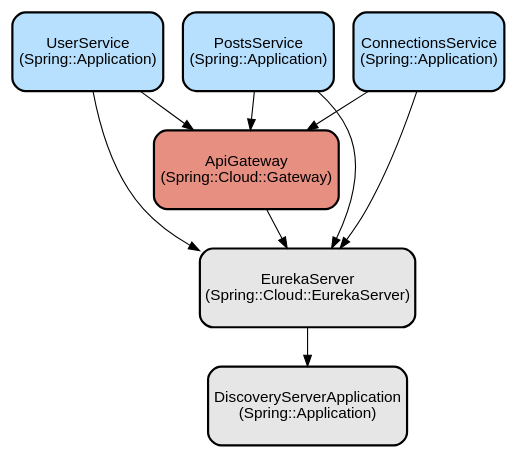
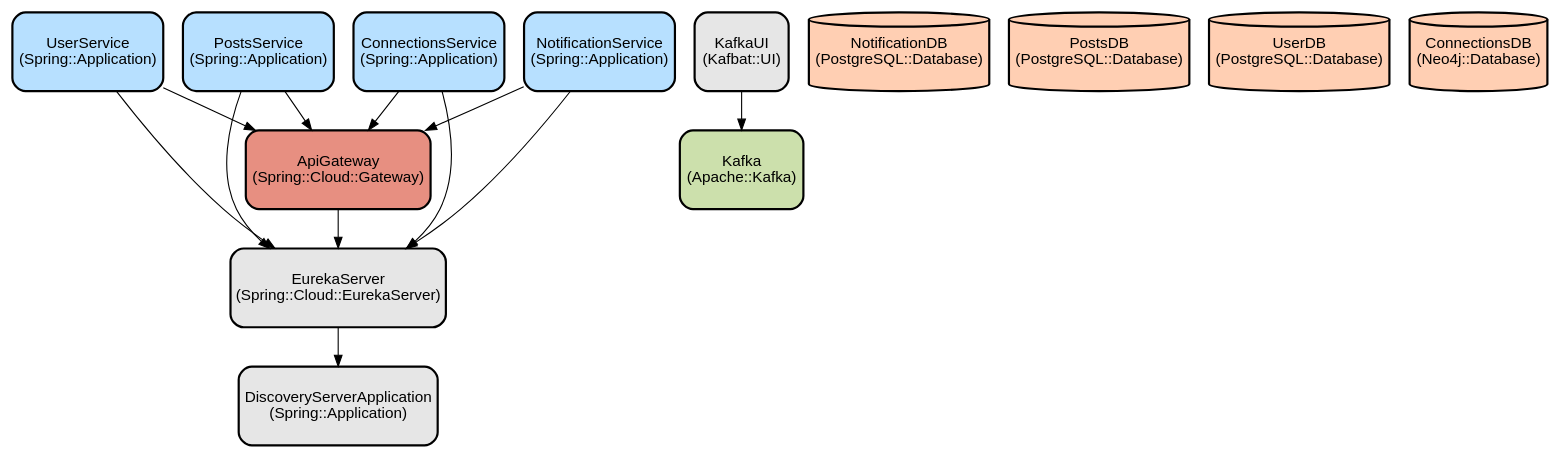
Before and after one commit to dhruvilkothari/LINKEDIN: the diagram in docs/infra.dot, drawn with Graphviz. The commit also changed 2 other files, not shown here.

Commit message:
Added Rate Limiting in ApiGw

```diff
--- a/docs/infra.dot
+++ b/docs/infra.dot
@@ -1,23 +1,40 @@
 digraph INFRA {
   node [ color = "black", fillcolor = "#E6E6E6", height =1, style = "filled,bold,rounded", fontname = "Arial" ];
   "DiscoveryServerApplication" [ label = "DiscoveryServerApplication
 (Spring::Application)", shape =rectangle ];
   "EurekaServer" [ label = "EurekaServer
 (Spring::Cloud::EurekaServer)", shape =rectangle ];
   "ApiGateway" [ label = "ApiGateway
 (Spring::Cloud::Gateway)", shape =rectangle, fillcolor = "#E78F81" ];
   "UserService" [ label = "UserService
 (Spring::Application)", shape =rectangle, fillcolor = "#B7E0FF" ];
   "PostsService" [ label = "PostsService
 (Spring::Application)", shape =rectangle, fillcolor = "#B7E0FF" ];
   "ConnectionsService" [ label = "ConnectionsService
 (Spring::Application)", shape =rectangle, fillcolor = "#B7E0FF" ];
+  "NotificationService" [ label = "NotificationService
+(Spring::Application)", shape =rectangle, fillcolor = "#B7E0FF" ];
+  "Kafka" [ label = "Kafka
+(Apache::Kafka)", shape =rectangle, fillcolor = "#CCE0AC" ];
+  "KafkaUI" [ label = "KafkaUI
+(Kafbat::UI)", shape =rectangle ];
+  "NotificationDB" [ label = "NotificationDB
+(PostgreSQL::Database)", shape =cylinder, fillcolor = "#FFCFB3" ];
+  "PostsDB" [ label = "PostsDB
+(PostgreSQL::Database)", shape =cylinder, fillcolor = "#FFCFB3" ];
+  "UserDB" [ label = "UserDB
+(PostgreSQL::Database)", shape =cylinder, fillcolor = "#FFCFB3" ];
+  "ConnectionsDB" [ label = "ConnectionsDB
+(Neo4j::Database)", shape =cylinder, fillcolor = "#FFCFB3" ];
   "EurekaServer" -> "DiscoveryServerApplication";
   "ApiGateway" -> "EurekaServer";
   "UserService" -> "ApiGateway";
   "UserService" -> "EurekaServer";
   "PostsService" -> "ApiGateway";
   "PostsService" -> "EurekaServer";
   "ConnectionsService" -> "ApiGateway";
   "ConnectionsService" -> "EurekaServer";
+  "NotificationService" -> "ApiGateway";
+  "NotificationService" -> "EurekaServer";
+  "KafkaUI" -> "Kafka";
 }
```
